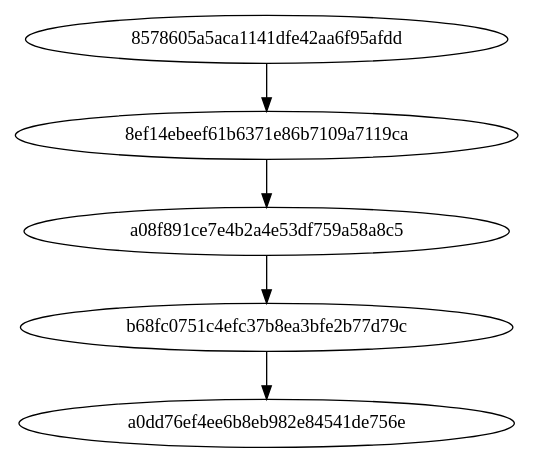
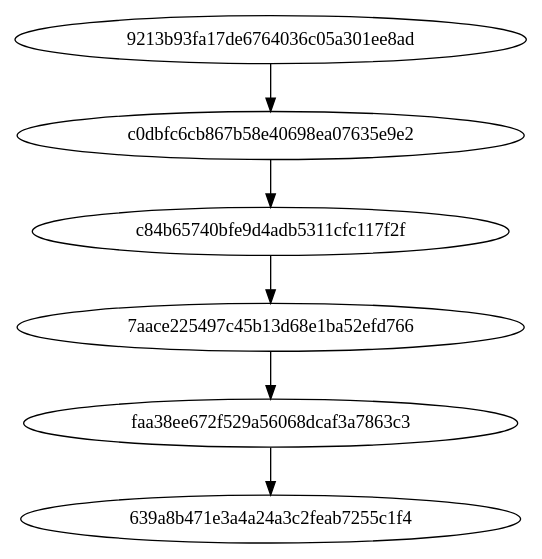
Before and after one commit to dani3l8200/EDD_PROYECTO2_201801364_201807100: the diagram in BlockChain.dot, drawn with Graphviz. The commit also changed 83 other files, not shown here.

```diff
--- a/BlockChain.dot
+++ b/BlockChain.dot
@@ -1,13 +1,15 @@
 digraph D {
 
-	 BC8578605a5aca1141dfe42aa6f95afdd[label="8578605a5aca1141dfe42aa6f95afdd"]
-	BC8ef14ebeef61b6371e86b7109a7119ca[label="8ef14ebeef61b6371e86b7109a7119ca"]
-	BC8578605a5aca1141dfe42aa6f95afdd -> BC8ef14ebeef61b6371e86b7109a7119ca
-	BCa08f891ce7e4b2a4e53df759a58a8c5[label="a08f891ce7e4b2a4e53df759a58a8c5"]
-	BC8ef14ebeef61b6371e86b7109a7119ca -> BCa08f891ce7e4b2a4e53df759a58a8c5
-	BCb68fc0751c4efc37b8ea3bfe2b77d79c[label="b68fc0751c4efc37b8ea3bfe2b77d79c"]
-	BCa08f891ce7e4b2a4e53df759a58a8c5 -> BCb68fc0751c4efc37b8ea3bfe2b77d79c
-	BCa0dd76ef4ee6b8eb982e84541de756e[label="a0dd76ef4ee6b8eb982e84541de756e"]
-	BCb68fc0751c4efc37b8ea3bfe2b77d79c -> BCa0dd76ef4ee6b8eb982e84541de756e
+	 BC9213b93fa17de6764036c05a301ee8ad[label="9213b93fa17de6764036c05a301ee8ad"]
+	BCc0dbfc6cb867b58e40698ea07635e9e2[label="c0dbfc6cb867b58e40698ea07635e9e2"]
+	BC9213b93fa17de6764036c05a301ee8ad -> BCc0dbfc6cb867b58e40698ea07635e9e2
+	BCc84b65740bfe9d4adb5311cfc117f2f[label="c84b65740bfe9d4adb5311cfc117f2f"]
+	BCc0dbfc6cb867b58e40698ea07635e9e2 -> BCc84b65740bfe9d4adb5311cfc117f2f
+	BC7aace225497c45b13d68e1ba52efd766[label="7aace225497c45b13d68e1ba52efd766"]
+	BCc84b65740bfe9d4adb5311cfc117f2f -> BC7aace225497c45b13d68e1ba52efd766
+	BCfaa38ee672f529a56068dcaf3a7863c3[label="faa38ee672f529a56068dcaf3a7863c3"]
+	BC7aace225497c45b13d68e1ba52efd766 -> BCfaa38ee672f529a56068dcaf3a7863c3
+	BC639a8b471e3a4a24a3c2feab7255c1f4[label="639a8b471e3a4a24a3c2feab7255c1f4"]
+	BCfaa38ee672f529a56068dcaf3a7863c3 -> BC639a8b471e3a4a24a3c2feab7255c1f4
 
 }
```
